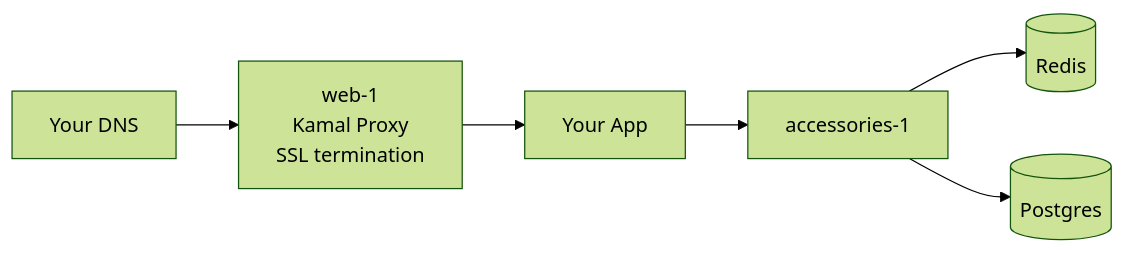
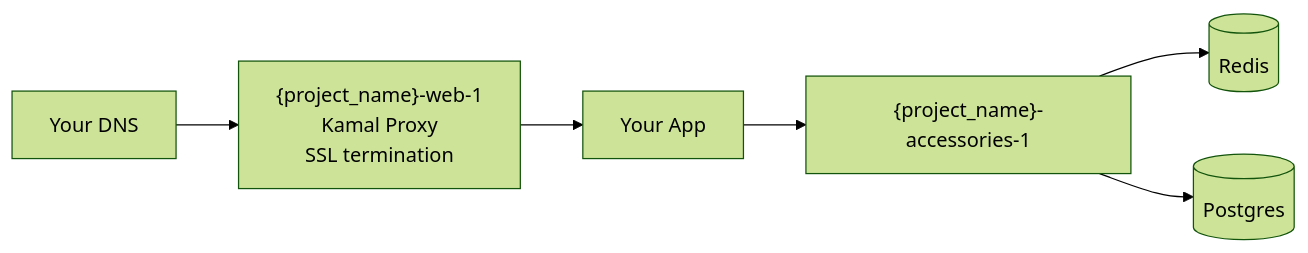
The second of 3 diagrams in README.md (flipbitsnotburgers/hetzner-kamal-stack), drawn with Mermaid (forest theme) before and after one commit. The commit also changed other lines of this file and 4 other files, not shown here.

Commit message:
Use templated Hetzner project name.

````diff
--- a/README.md
+++ b/README.md
@@ -42,8 +42,8 @@
 ```mermaid
 graph LR
-    DNS[Your DNS] --> Web[web-1<br/>Kamal Proxy<br/>SSL termination]
+    DNS[Your DNS] --> Web["{project_name}-web-1<br/>Kamal Proxy<br/>SSL termination"]
     Web --> App[Your App]
-    App --> Acc[accessories-1]
+    App --> Acc["{project_name}-accessories-1"]
     Acc --> Redis[(Redis)]
     Acc --> PG[(Postgres)]
 ```
````
